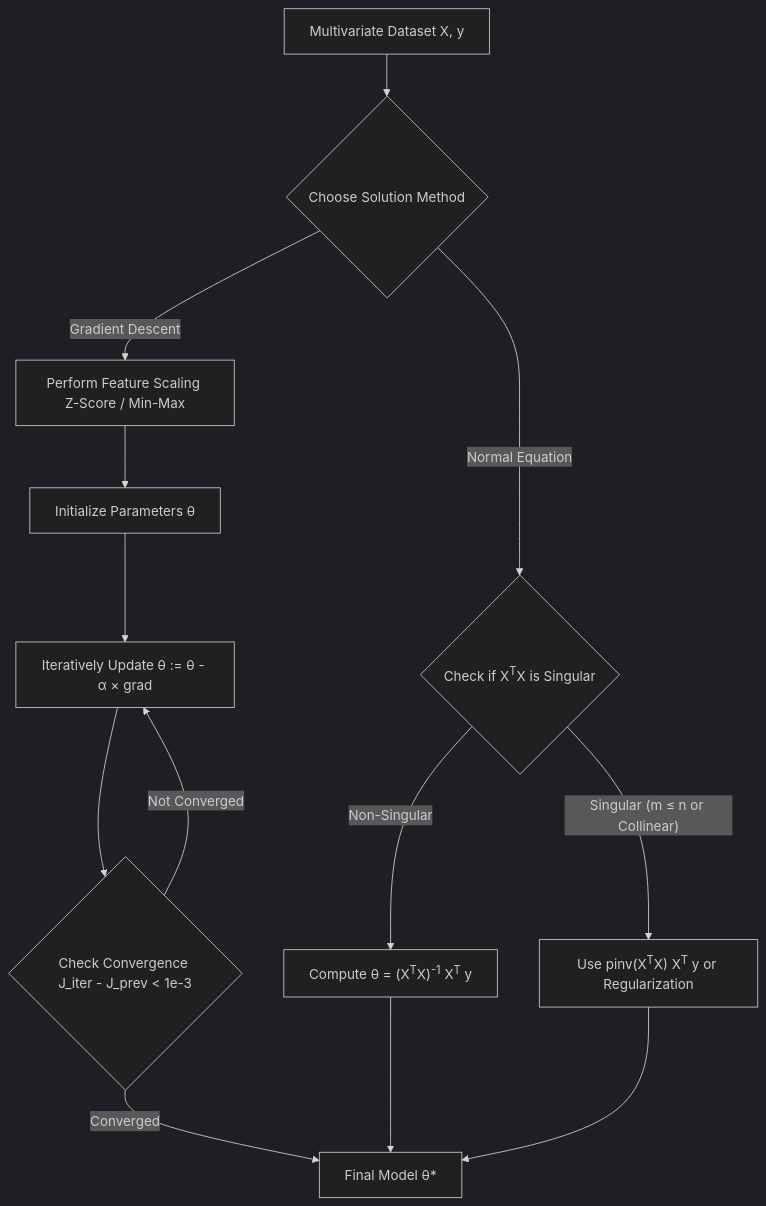
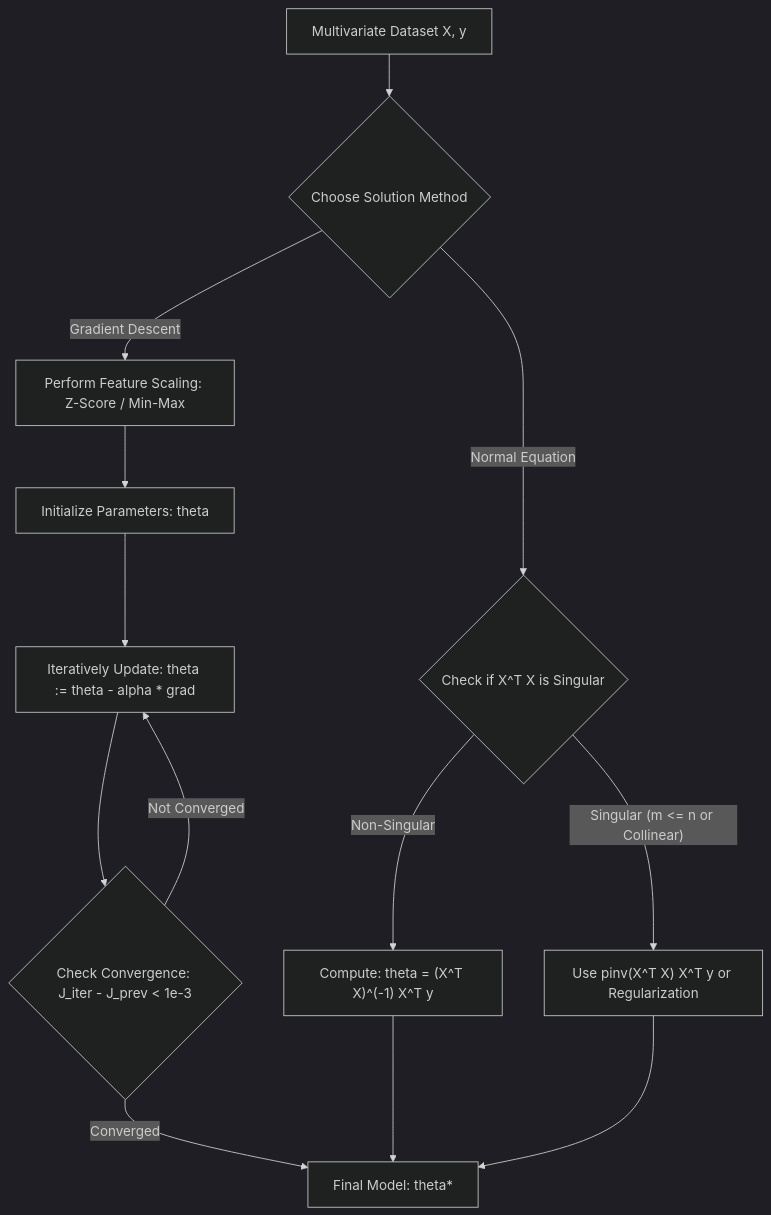
The diagram in notes/machine_learning/03_Multivariate_Linear_Regression.md (DeepLumiere/DeepSkills), drawn with Mermaid (dark theme) before and after one commit. The commit also changed other lines of this file and 56 other files, not shown here.

````diff
--- a/notes/machine_learning/03_Multivariate_Linear_Regression.md
+++ b/notes/machine_learning/03_Multivariate_Linear_Regression.md
@@ -658,29 +658,15 @@
 ```mermaid
-
 flowchart TD
-
     A["Multivariate Dataset X, y"] --> B{"Choose Solution Method"}
-
-    B -->|Gradient Descent| C["Perform Feature Scaling Z-Score / Min-Max"]
-
-    C --> D["Initialize Parameters &theta;"]
-
-    D --> E["Iteratively Update &theta; := &theta; - &alpha; &times; grad"]
-
-    E --> F{"Check Convergence J_iter - J_prev &lt; 1e-3"}
-
-    F -->|Converged| G["Final Model &theta;*"]
-
+    B -->|Gradient Descent| C["Perform Feature Scaling: Z-Score / Min-Max"]
+    C --> D["Initialize Parameters: theta"]
+    D --> E["Iteratively Update: theta := theta - alpha * grad"]
+    E --> F{"Check Convergence: J_iter - J_prev < 1e-3"}
+    F -->|Converged| G["Final Model: theta*"]
     F -->|Not Converged| E
-
-    B -->|Normal Equation| H{"Check if X<sup>T</sup>X is Singular"}
-
-    H -->|Non-Singular| I["Compute &theta; = (X<sup>T</sup>X)<sup>-1</sup> X<sup>T</sup> y"]
-
-    H -->|"Singular (m &le; n or Collinear)"| J["Use pinv(X<sup>T</sup>X) X<sup>T</sup> y or Regularization"]
-
+    B -->|Normal Equation| H{"Check if X^T X is Singular"}
+    H -->|Non-Singular| I["Compute: theta = (X^T X)^(-1) X^T y"]
+    H -->|"Singular (m <= n or Collinear)"| J["Use pinv(X^T X) X^T y or Regularization"]
     I --> G
-
     J --> G
-
 ```
````
